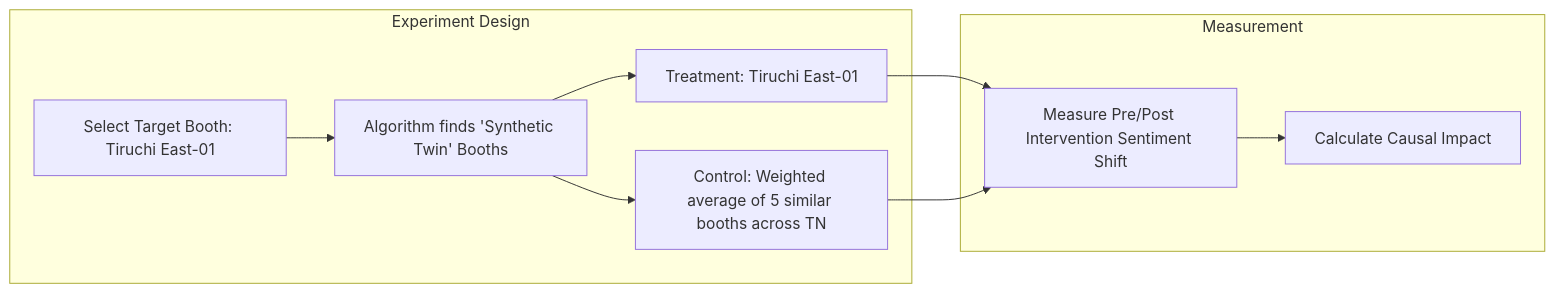
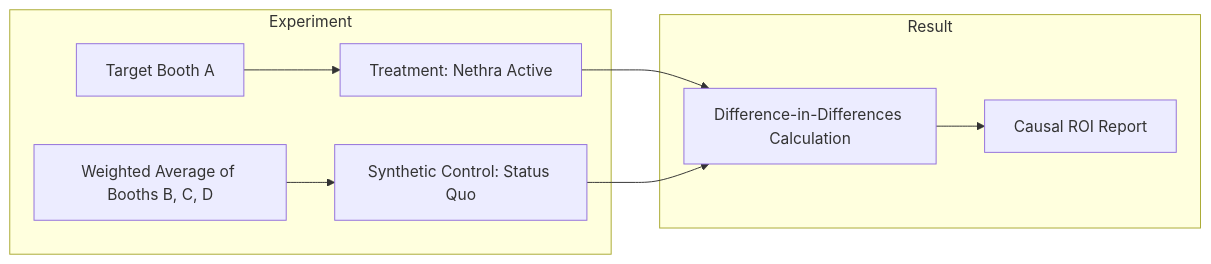
Before and after one commit to pramodcbabu/debaz: the diagram in nethra/docs/mathematical_model.md, drawn with Mermaid. The commit also changed other lines of this file and 4 other files, not shown here.

Commit message:
Nethra Iteration 2: Exhaustive implementation-ready documentation and ROI-focused business metrics

````diff
--- a/nethra/docs/mathematical_model.md
+++ b/nethra/docs/mathematical_model.md
@@ -24,15 +25,14 @@
 ```mermaid
 graph LR
-    subgraph Experiment Design
-        A[Select Target Booth: Tiruchi East-01]
-        A --> B[Algorithm finds 'Synthetic Twin' Booths]
-        B --> C[Treatment: Tiruchi East-01]
-        B --> D[Control: Weighted average of 5 similar booths across TN]
+    subgraph Experiment
+        A[Target Booth A]
+        B[Weighted Average of Booths B, C, D]
+        A --> C[Treatment: Nethra Active]
+        B --> D[Synthetic Control: Status Quo]
     end
     
-    subgraph Measurement
-        C --> E[Measure Pre/Post Intervention Sentiment Shift]
-        D --> E
-        E --> F[Calculate Causal Impact]
+    subgraph Result
+        C & D --> E[Difference-in-Differences Calculation]
+        E --> F[Causal ROI Report]
     end
 ```
````
